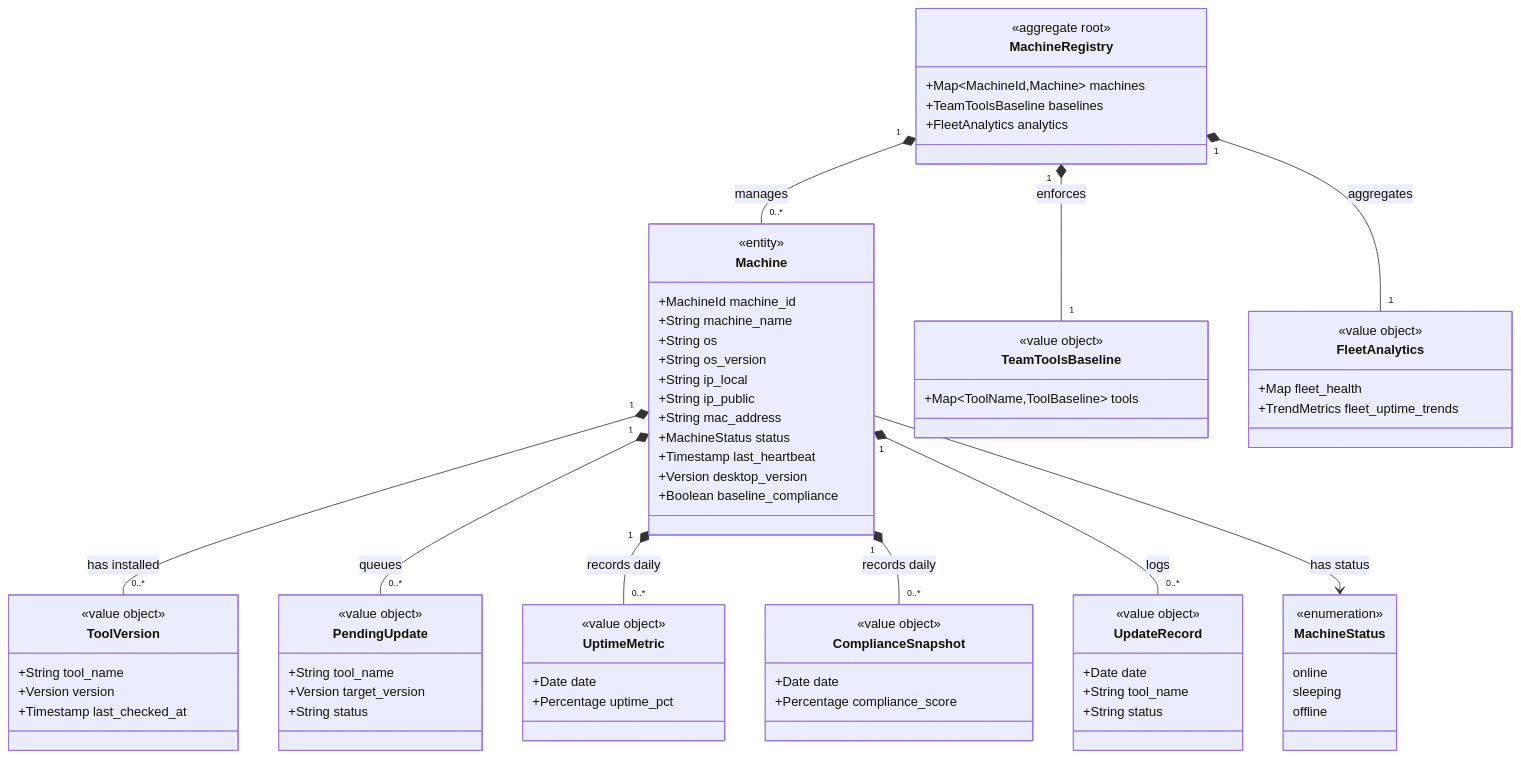
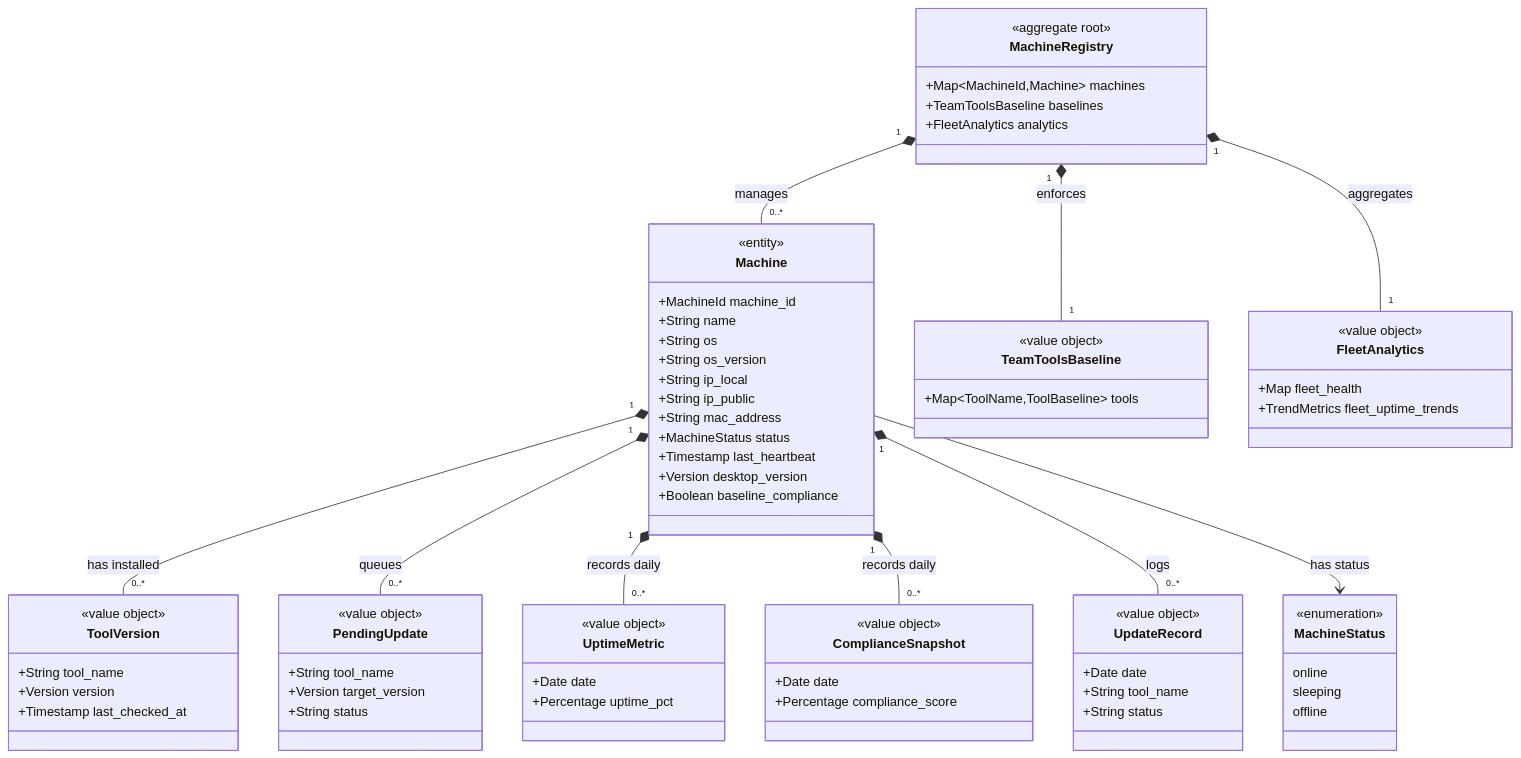
Before and after one commit to JSdotNet/Backlog: the diagram in .devbook/domain/dev-pc-management/model.md, drawn with Mermaid. The commit also changed 52 other files, not shown here.

````diff
--- a/.devbook/domain/dev-pc-management/model.md
+++ b/.devbook/domain/dev-pc-management/model.md
@@ -14,76 +14,76 @@
 ```mermaid
 classDiagram
     class MachineRegistry {
         <<aggregate root>>
         +Map~MachineId,Machine~ machines
         +TeamToolsBaseline baselines
         +FleetAnalytics analytics
     }
     class Machine {
         <<entity>>
         +MachineId machine_id
-        +String machine_name
+        +String name
         +String os
         +String os_version
         +String ip_local
         +String ip_public
         +String mac_address
         +MachineStatus status
         +Timestamp last_heartbeat
         +Version desktop_version
         +Boolean baseline_compliance
     }
     class ToolVersion {
         <<value object>>
         +String tool_name
         +Version version
         +Timestamp last_checked_at
     }
     class PendingUpdate {
         <<value object>>
         +String tool_name
         +Version target_version
         +String status
     }
     class UptimeMetric {
         <<value object>>
         +Date date
         +Percentage uptime_pct
     }
     class ComplianceSnapshot {
         <<value object>>
         +Date date
         +Percentage compliance_score
     }
     class UpdateRecord {
         <<value object>>
         +Date date
         +String tool_name
         +String status
     }
     class TeamToolsBaseline {
         <<value object>>
         +Map~ToolName,ToolBaseline~ tools
     }
     class FleetAnalytics {
         <<value object>>
         +Map fleet_health
         +TrendMetrics fleet_uptime_trends
     }
     class MachineStatus {
         <<enumeration>>
         online
         sleeping
         offline
     }
 
     MachineRegistry "1" *-- "0..*" Machine : manages
     MachineRegistry "1" *-- "1" TeamToolsBaseline : enforces
     MachineRegistry "1" *-- "1" FleetAnalytics : aggregates
     Machine "1" *-- "0..*" ToolVersion : has installed
     Machine "1" *-- "0..*" PendingUpdate : queues
     Machine "1" *-- "0..*" UptimeMetric : records daily
     Machine "1" *-- "0..*" ComplianceSnapshot : records daily
     Machine "1" *-- "0..*" UpdateRecord : logs
     Machine --> MachineStatus : has status
 ```
````
